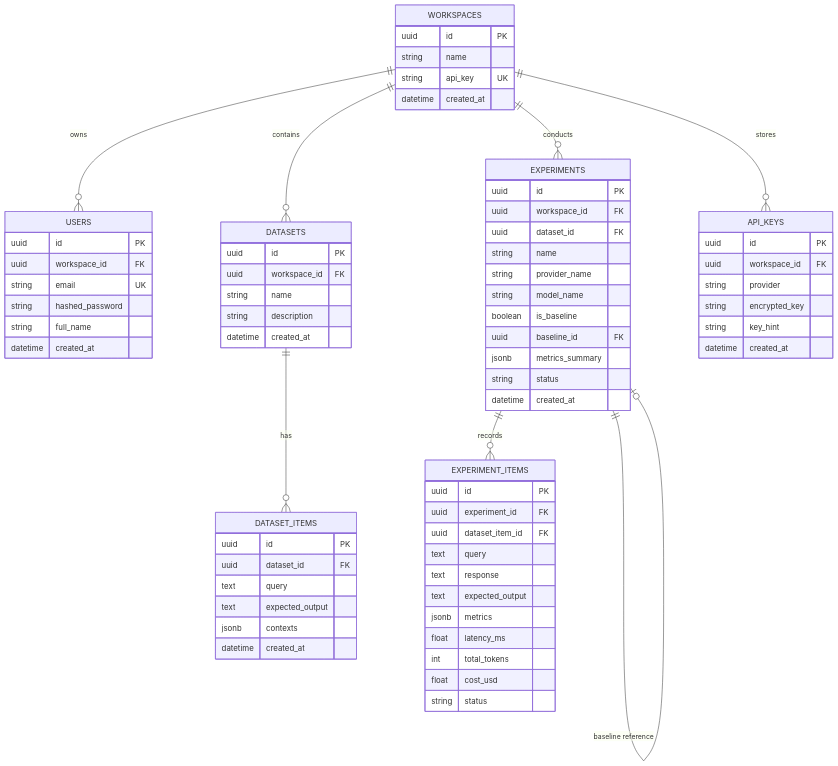
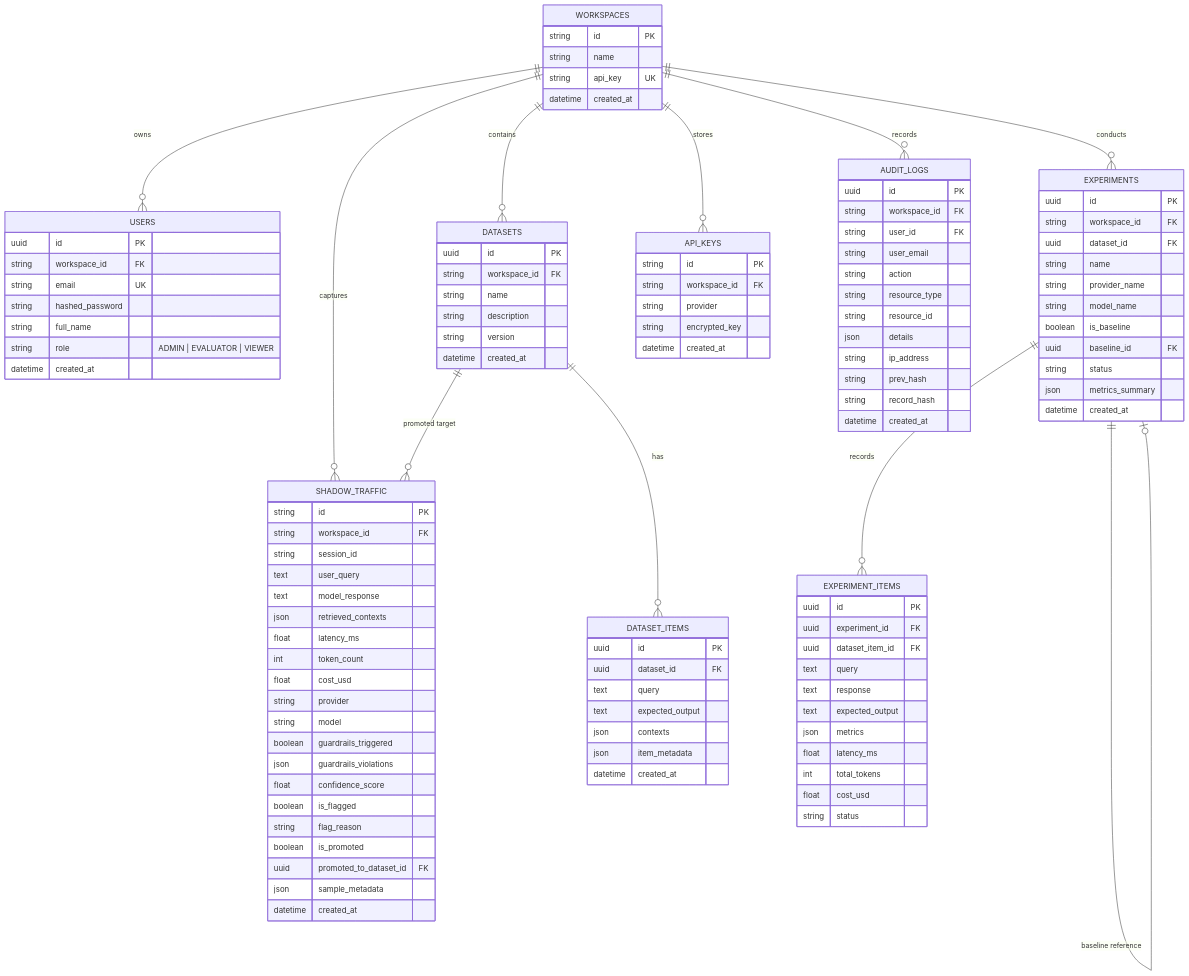
Before and after one commit to Amankhan1009/RAGBench: the second of 2 diagrams in docs/MASTER_PROJECT_GUIDE.md, drawn with Mermaid. The commit also changed other lines of this file, not shown here.

Commit message:
docs: update Master Project Guide with complete v1.0-v3.0 architecture, workflow, and case studies

````diff
--- a/docs/MASTER_PROJECT_GUIDE.md
+++ b/docs/MASTER_PROJECT_GUIDE.md
@@ -234,12 +359,15 @@
     WORKSPACES ||--o{ DATASETS : contains
     WORKSPACES ||--o{ EXPERIMENTS : conducts
     WORKSPACES ||--o{ API_KEYS : stores
+    WORKSPACES ||--o{ AUDIT_LOGS : records
+    WORKSPACES ||--o{ SHADOW_TRAFFIC : captures
     DATASETS ||--o{ DATASET_ITEMS : has
+    DATASETS ||--o{ SHADOW_TRAFFIC : "promoted target"
     EXPERIMENTS ||--o{ EXPERIMENT_ITEMS : records
     EXPERIMENTS ||--o| EXPERIMENTS : "baseline reference"
 
     WORKSPACES {
-        uuid id PK
+        string id PK
         string name
         string api_key UK
         datetime created_at
@@ -247,27 +375,28 @@
 
     USERS {
         uuid id PK
-        uuid workspace_id FK
+        string workspace_id FK
         string email UK
         string hashed_password
         string full_name
+        string role "ADMIN | EVALUATOR | VIEWER"
         datetime created_at
     }
 
     API_KEYS {
-        uuid id PK
-        uuid workspace_id FK
+        string id PK
+        string workspace_id FK
         string provider
         string encrypted_key
-        string key_hint
         datetime created_at
     }
 
     DATASETS {
         uuid id PK
-        uuid workspace_id FK
+        string workspace_id FK
         string name
         string description
+        string version
         datetime created_at
     }
 
@@ -276,21 +405,22 @@
         uuid dataset_id FK
         text query
         text expected_output
-        jsonb contexts
+        json contexts
+        json item_metadata
         datetime created_at
     }
 
     EXPERIMENTS {
         uuid id PK
-        uuid workspace_id FK
+        string workspace_id FK
         uuid dataset_id FK
         string name
         string provider_name
         string model_name
         boolean is_baseline
         uuid baseline_id FK
-        jsonb metrics_summary
         string status
+        json metrics_summary
         datetime created_at
     }
 
@@ -301,10 +431,48 @@
         text query
         text response
         text expected_output
-        jsonb metrics
+        json metrics
         float latency_ms
         int total_tokens
         float cost_usd
         string status
     }
+
+    AUDIT_LOGS {
+        uuid id PK
+        string workspace_id FK
+        string user_id FK
+        string user_email
+        string action
+        string resource_type
+        string resource_id
+        json details
+        string ip_address
+        string prev_hash
+        string record_hash
+        datetime created_at
+    }
+
+    SHADOW_TRAFFIC {
+        string id PK
+        string workspace_id FK
+        string session_id
+        text user_query
+        text model_response
+        json retrieved_contexts
+        float latency_ms
+        int token_count
+        float cost_usd
+        string provider
+        string model
+        boolean guardrails_triggered
+        json guardrails_violations
+        float confidence_score
+        boolean is_flagged
+        string flag_reason
+        boolean is_promoted
+        uuid promoted_to_dataset_id FK
+        json sample_metadata
+        datetime created_at
+    }
 ```
````
